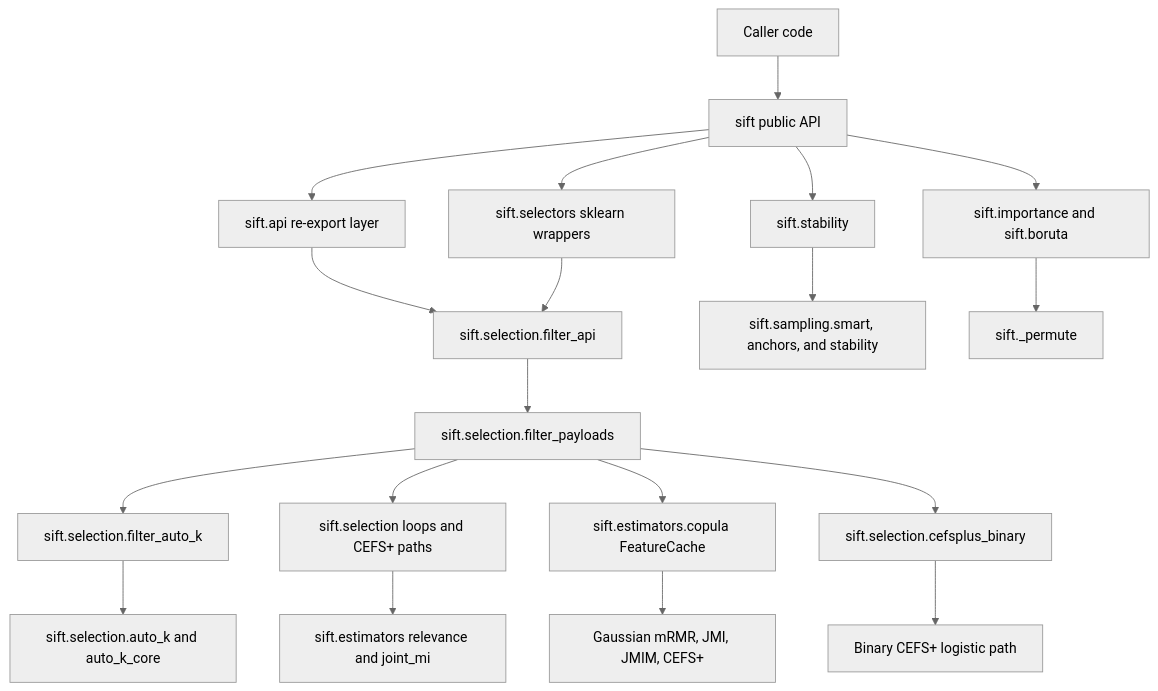
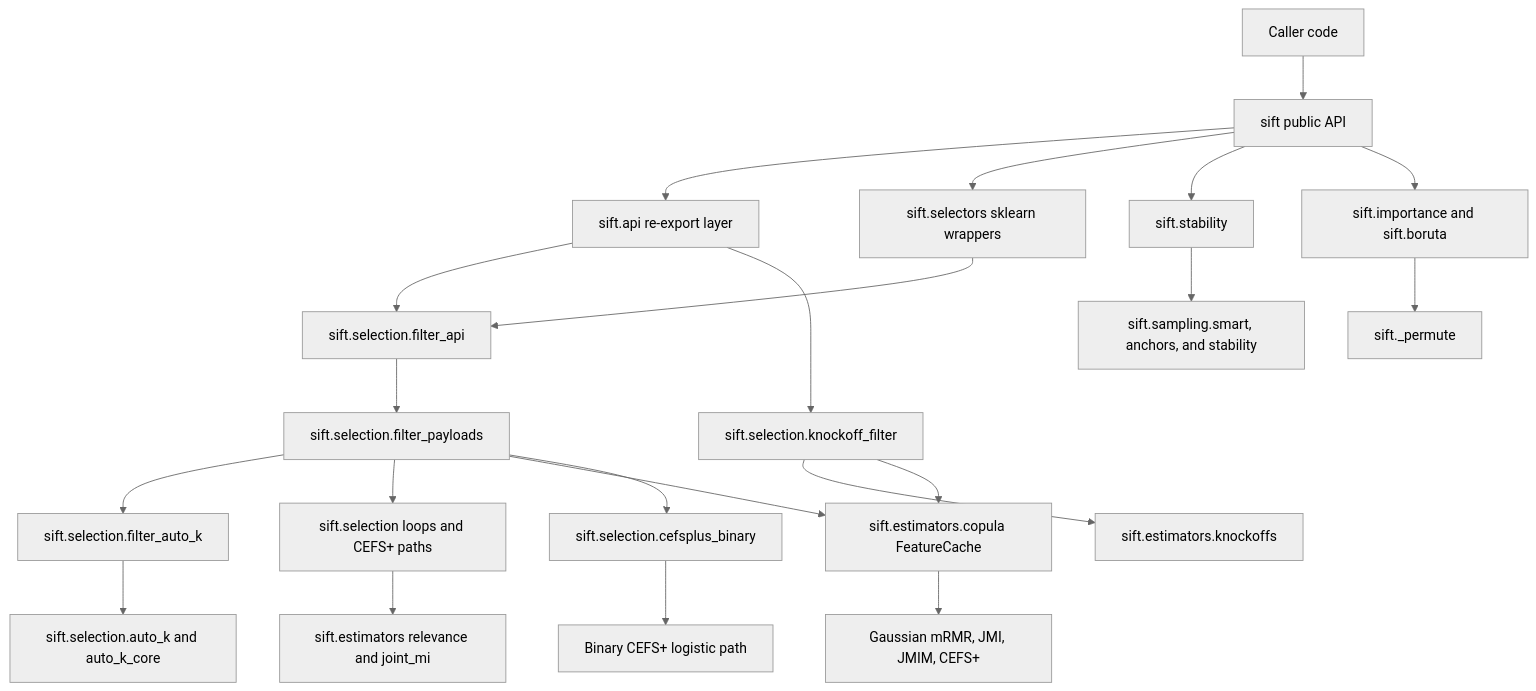
One commit to kmedved/sift changed the diagram in docs/architecture.md. Above: the diagram before and after it, drawn with Mermaid (neutral theme). The commit also changed other lines of this file and 25 other files, not shown here.

````diff
--- a/docs/architecture.md
+++ b/docs/architecture.md
@@ -7,21 +7,24 @@
 ```mermaid
 flowchart TD
     User["Caller code"] --> PublicAPI["sift public API"]
     PublicAPI --> FunctionAPI["sift.api re-export layer"]
     PublicAPI --> Wrappers["sift.selectors sklearn wrappers"]
     PublicAPI --> Stability["sift.stability"]
     PublicAPI --> Importance["sift.importance and sift.boruta"]
     FunctionAPI --> FilterAPI["sift.selection.filter_api"]
     Wrappers --> FilterAPI
     FilterAPI --> Payloads["sift.selection.filter_payloads"]
     Payloads --> AutoK["sift.selection.filter_auto_k"]
     Payloads --> Loops["sift.selection loops and CEFS+ paths"]
     Payloads --> Cache["sift.estimators.copula FeatureCache"]
+    FunctionAPI --> KnockoffFilter["sift.selection.knockoff_filter"]
+    KnockoffFilter --> KnockoffModel["sift.estimators.knockoffs"]
+    KnockoffFilter --> Cache
     Payloads --> Binary["sift.selection.cefsplus_binary"]
     Loops --> Estimators["sift.estimators relevance and joint_mi"]
     AutoK --> AutoKCore["sift.selection.auto_k and auto_k_core"]
     Stability --> Sampling["sift.sampling.smart, anchors, and stability"]
     Importance --> Permute["sift._permute"]
     Cache --> Gaussian["Gaussian mRMR, JMI, JMIM, CEFS+"]
     Binary --> BinaryPath["Binary CEFS+ logistic path"]
 ```
````
